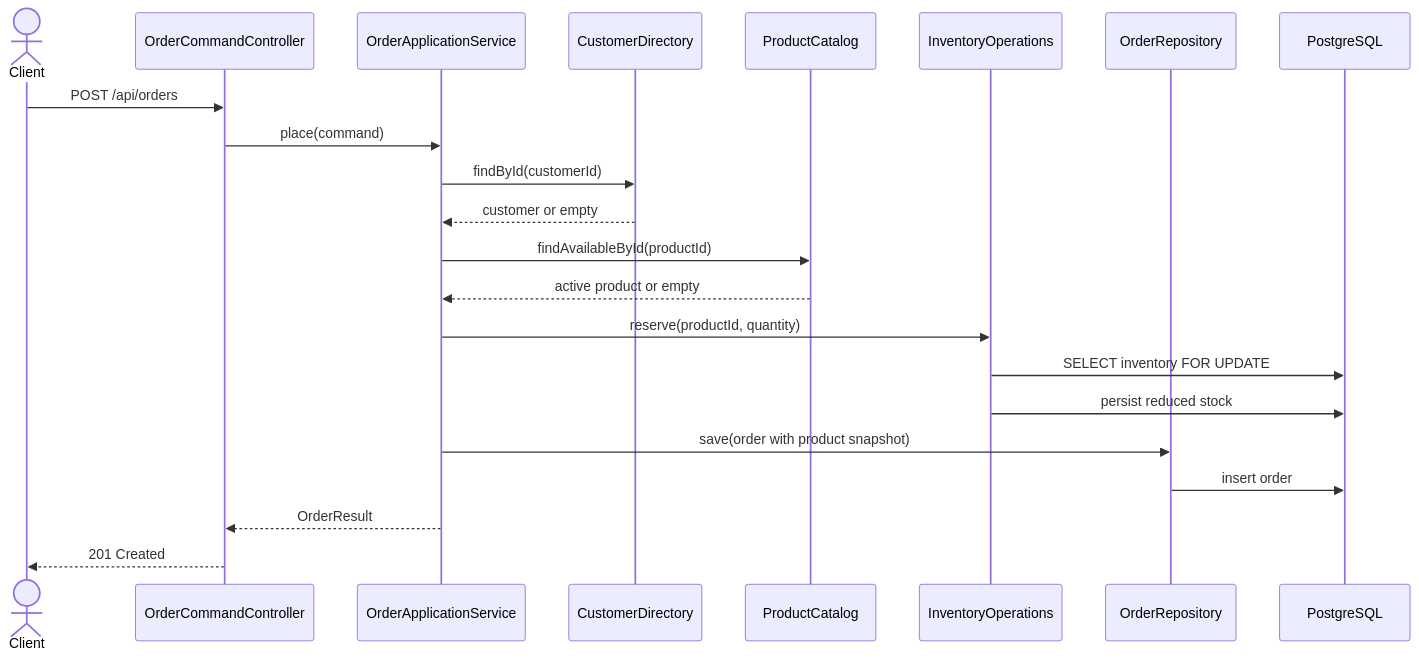
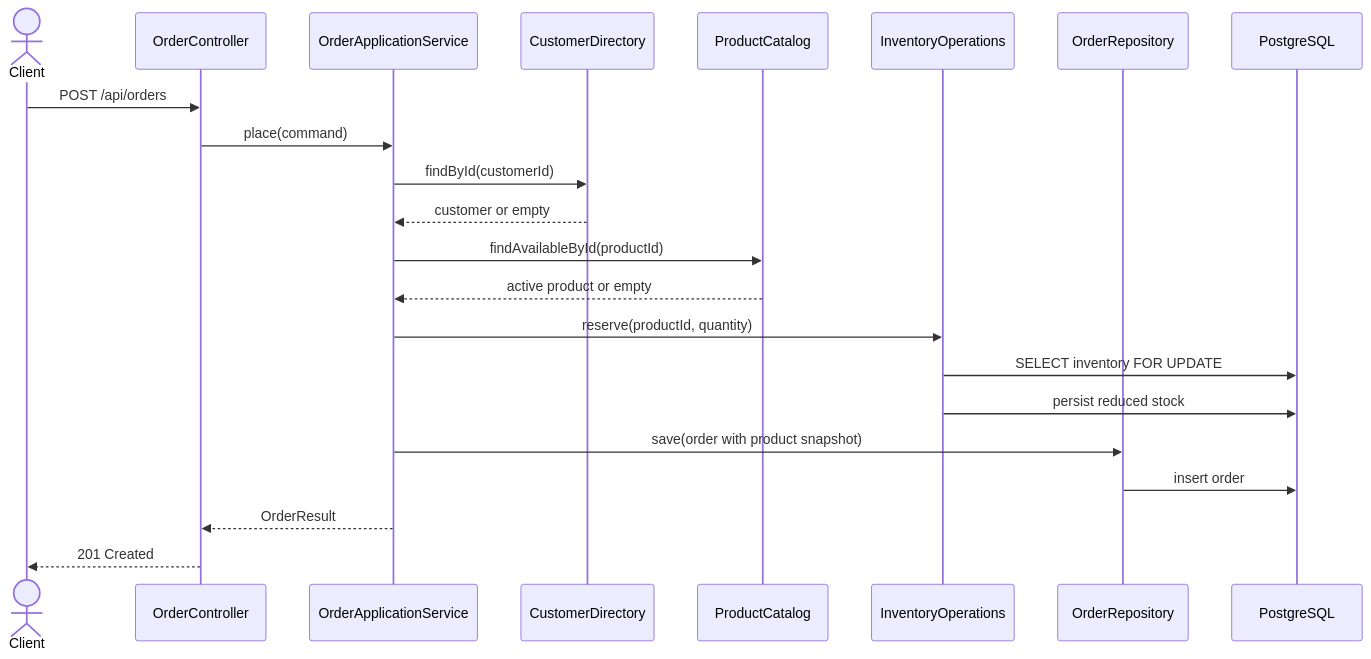
The second of 3 diagrams in docs/architecture.md (Codillas/codillas-academy-hex-arch-example), drawn with Mermaid before and after one commit. The commit also changed other lines of this file and 118 other files, not shown here.

Commit message:
Simplify hexagonal packages and enforce architecture

````diff
--- a/docs/architecture.md
+++ b/docs/architecture.md
@@ -115,25 +112,25 @@
 ```mermaid
 sequenceDiagram
     actor Client
-    participant Web as OrderCommandController
+    participant Web as OrderController
     participant Orders as OrderApplicationService
     participant Customers as CustomerDirectory
     participant Catalog as ProductCatalog
     participant Inventory as InventoryOperations
     participant OrderRepo as OrderRepository
     participant DB as PostgreSQL
 
     Client->>Web: POST /api/orders
     Web->>Orders: place(command)
     Orders->>Customers: findById(customerId)
     Customers-->>Orders: customer or empty
     Orders->>Catalog: findAvailableById(productId)
     Catalog-->>Orders: active product or empty
     Orders->>Inventory: reserve(productId, quantity)
     Inventory->>DB: SELECT inventory FOR UPDATE
     Inventory->>DB: persist reduced stock
     Orders->>OrderRepo: save(order with product snapshot)
     OrderRepo->>DB: insert order
     Orders-->>Web: OrderResult
     Web-->>Client: 201 Created
 ```
````
